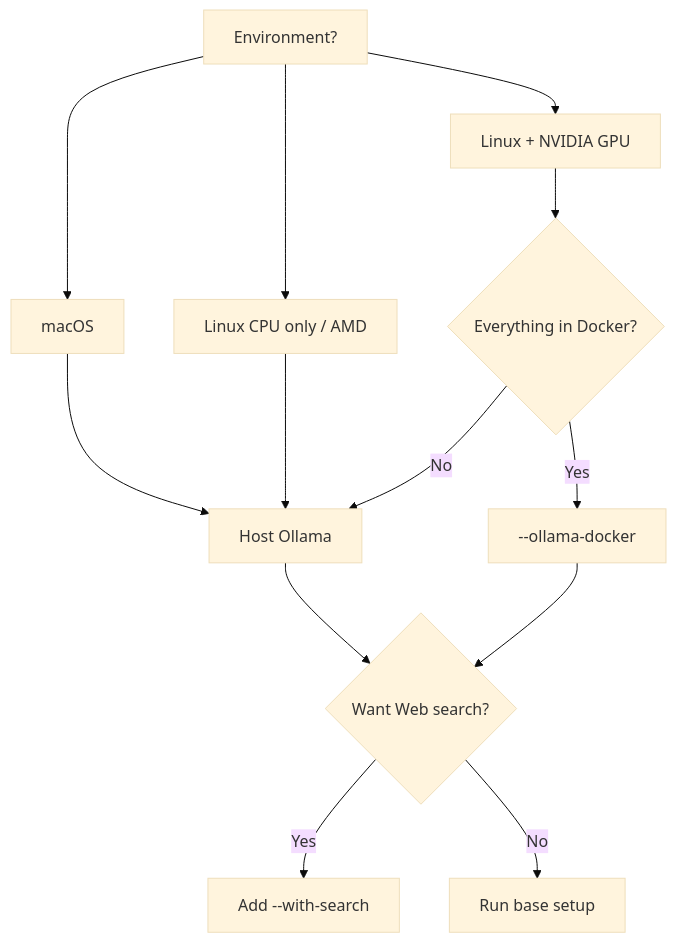
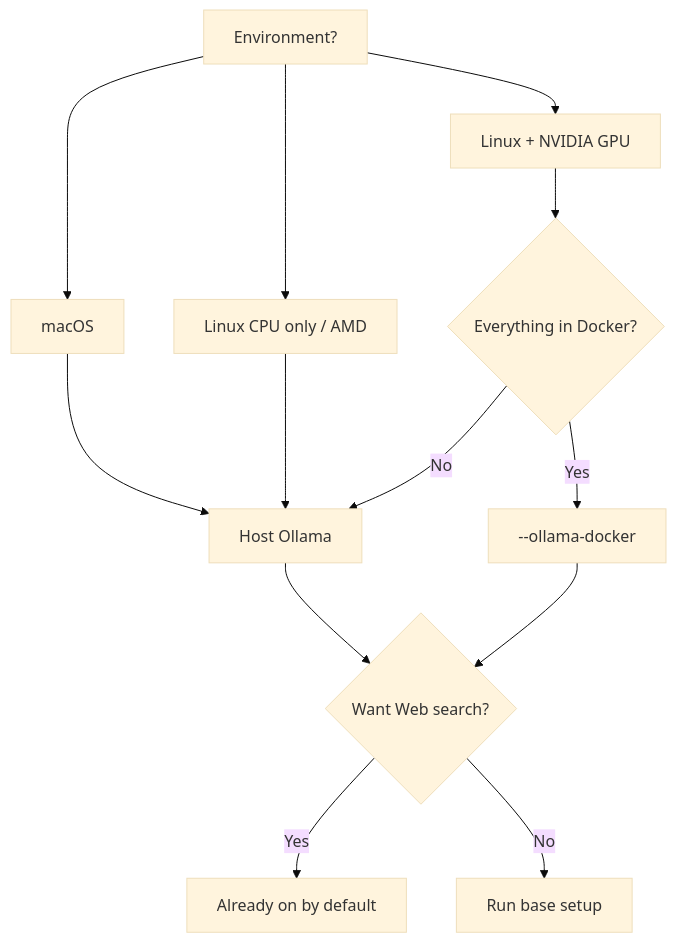
Before and after one commit to zephel01/hermes-docker-ollama-template: the second of 2 diagrams in README.en.md, drawn with Mermaid (base theme). The commit also changed other lines of this file and 19 other files, not shown here.

````diff
--- a/README.en.md
+++ b/README.en.md
@@ -98,15 +97,15 @@
 ```mermaid
 flowchart TD
     A[Environment?] --> B[macOS]
     A --> C[Linux + NVIDIA GPU]
     A --> D[Linux CPU only / AMD]
     B --> E[Host Ollama]
     C --> F{Everything in Docker?}
     D --> E
     F -->|Yes| G[--ollama-docker]
     F -->|No| E
     E --> H{Want Web search?}
     G --> H
-    H -->|Yes| I[Add --with-search]
+    H -->|Yes| I[Already on by default]
     H -->|No| J[Run base setup]
 ```
````
